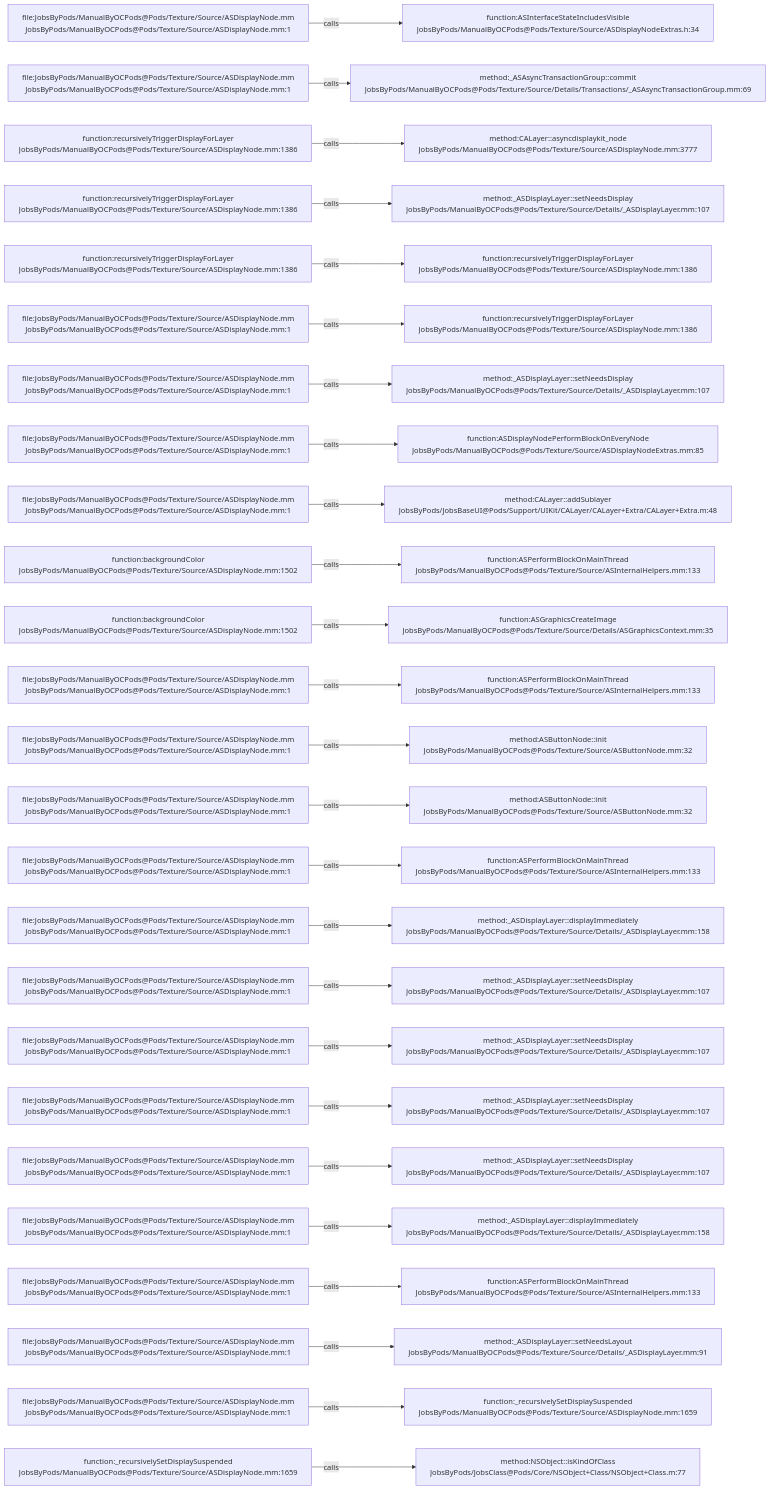
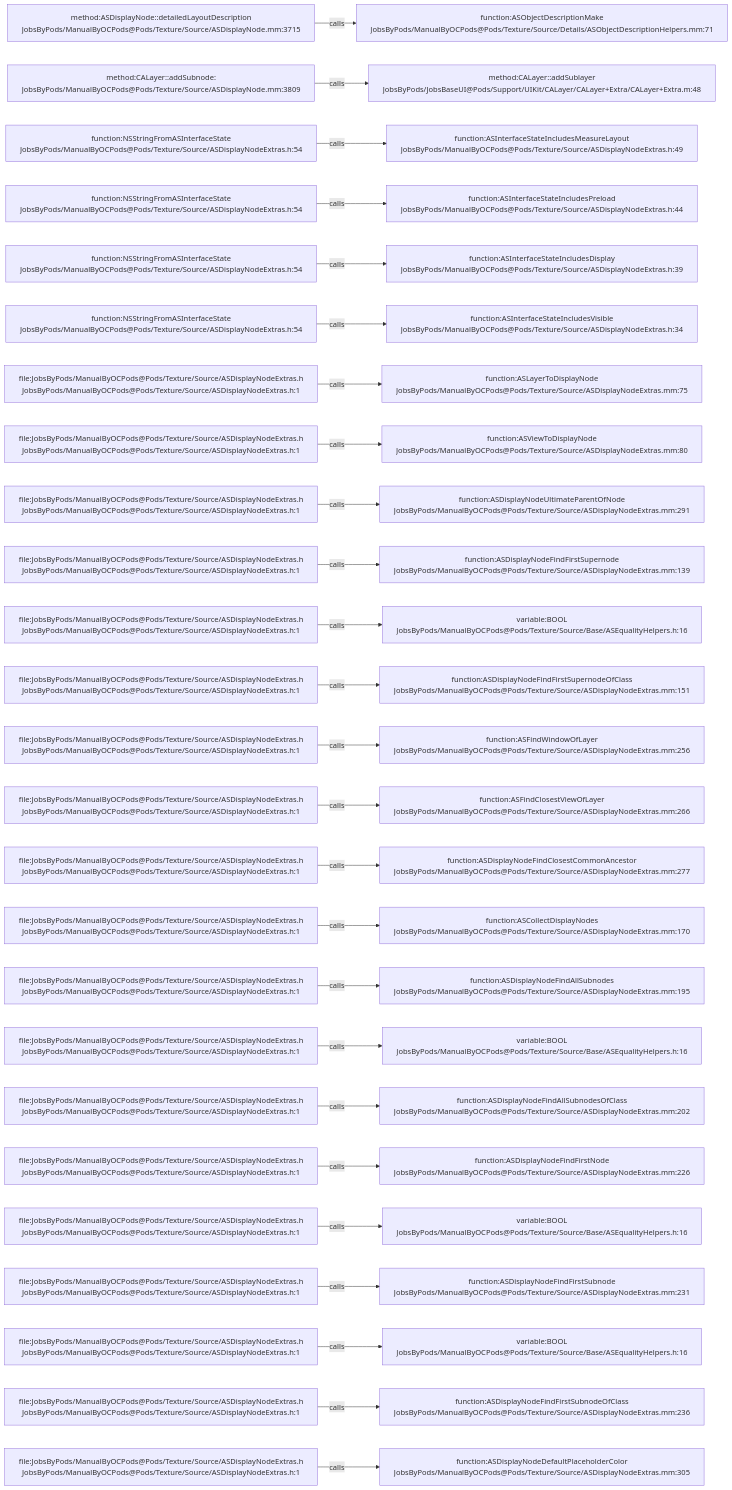
One commit to JobsKits/JobsOCBaseConfigDemo changed the diagram in .codegraph/codegraph.md/graphs/calls-107.md. Above: the diagram before and after it, drawn with Mermaid. The commit also changed 1223 other files, not shown here.

````diff
--- a/.codegraph/codegraph.md/graphs/calls-107.md
+++ b/.codegraph/codegraph.md/graphs/calls-107.md
@@ -13,78 +13,78 @@
 ```mermaid
 flowchart LR
-  S1["file:JobsByPods/ManualByOCPods@Pods/Texture/Source/ASDisplayNode.mm<br/>JobsByPods/ManualByOCPods@Pods/Texture/Source/ASDisplayNode.mm:1"]
-  T1["function:ASInterfaceStateIncludesVisible<br/>JobsByPods/ManualByOCPods@Pods/Texture/Source/ASDisplayNodeExtras.h:34"]
+  S1["method:ASDisplayNode::detailedLayoutDescription<br/>JobsByPods/ManualByOCPods@Pods/Texture/Source/ASDisplayNode.mm:3715"]
+  T1["function:ASObjectDescriptionMake<br/>JobsByPods/ManualByOCPods@Pods/Texture/Source/Details/ASObjectDescriptionHelpers.mm:71"]
   S1 -->|calls| T1
-  S2["file:JobsByPods/ManualByOCPods@Pods/Texture/Source/ASDisplayNode.mm<br/>JobsByPods/ManualByOCPods@Pods/Texture/Source/ASDisplayNode.mm:1"]
-  T2["method:_ASAsyncTransactionGroup::commit<br/>JobsByPods/ManualByOCPods@Pods/Texture/Source/Details/Transactions/_ASAsyncTransactionGroup.mm:69"]
+  S2["method:CALayer::addSubnode:<br/>JobsByPods/ManualByOCPods@Pods/Texture/Source/ASDisplayNode.mm:3809"]
+  T2["method:CALayer::addSublayer<br/>JobsByPods/JobsBaseUI@Pods/Support/UIKit/CALayer/CALayer+Extra/CALayer+Extra.m:48"]
   S2 -->|calls| T2
-  S3["function:recursivelyTriggerDisplayForLayer<br/>JobsByPods/ManualByOCPods@Pods/Texture/Source/ASDisplayNode.mm:1386"]
-  T3["method:CALayer::asyncdisplaykit_node<br/>JobsByPods/ManualByOCPods@Pods/Texture/Source/ASDisplayNode.mm:3777"]
+  S3["function:NSStringFromASInterfaceState<br/>JobsByPods/ManualByOCPods@Pods/Texture/Source/ASDisplayNodeExtras.h:54"]
+  T3["function:ASInterfaceStateIncludesMeasureLayout<br/>JobsByPods/ManualByOCPods@Pods/Texture/Source/ASDisplayNodeExtras.h:49"]
   S3 -->|calls| T3
-  S4["function:recursivelyTriggerDisplayForLayer<br/>JobsByPods/ManualByOCPods@Pods/Texture/Source/ASDisplayNode.mm:1386"]
-  T4["method:_ASDisplayLayer::setNeedsDisplay<br/>JobsByPods/ManualByOCPods@Pods/Texture/Source/Details/_ASDisplayLayer.mm:107"]
+  S4["function:NSStringFromASInterfaceState<br/>JobsByPods/ManualByOCPods@Pods/Texture/Source/ASDisplayNodeExtras.h:54"]
+  T4["function:ASInterfaceStateIncludesPreload<br/>JobsByPods/ManualByOCPods@Pods/Texture/Source/ASDisplayNodeExtras.h:44"]
   S4 -->|calls| T4
-  S5["function:recursivelyTriggerDisplayForLayer<br/>JobsByPods/ManualByOCPods@Pods/Texture/Source/ASDisplayNode.mm:1386"]
-  T5["function:recursivelyTriggerDisplayForLayer<br/>JobsByPods/ManualByOCPods@Pods/Texture/Source/ASDisplayNode.mm:1386"]
+  S5["function:NSStringFromASInterfaceState<br/>JobsByPods/ManualByOCPods@Pods/Texture/Source/ASDisplayNodeExtras.h:54"]
+  T5["function:ASInterfaceStateIncludesDisplay<br/>JobsByPods/ManualByOCPods@Pods/Texture/Source/ASDisplayNodeExtras.h:39"]
   S5 -->|calls| T5
-  S6["file:JobsByPods/ManualByOCPods@Pods/Texture/Source/ASDisplayNode.mm<br/>JobsByPods/ManualByOCPods@Pods/Texture/Source/ASDisplayNode.mm:1"]
-  T6["function:recursivelyTriggerDisplayForLayer<br/>JobsByPods/ManualByOCPods@Pods/Texture/Source/ASDisplayNode.mm:1386"]
+  S6["function:NSStringFromASInterfaceState<br/>JobsByPods/ManualByOCPods@Pods/Texture/Source/ASDisplayNodeExtras.h:54"]
+  T6["function:ASInterfaceStateIncludesVisible<br/>JobsByPods/ManualByOCPods@Pods/Texture/Source/ASDisplayNodeExtras.h:34"]
   S6 -->|calls| T6
-  S7["file:JobsByPods/ManualByOCPods@Pods/Texture/Source/ASDisplayNode.mm<br/>JobsByPods/ManualByOCPods@Pods/Texture/Source/ASDisplayNode.mm:1"]
-  T7["method:_ASDisplayLayer::setNeedsDisplay<br/>JobsByPods/ManualByOCPods@Pods/Texture/Source/Details/_ASDisplayLayer.mm:107"]
+  S7["file:JobsByPods/ManualByOCPods@Pods/Texture/Source/ASDisplayNodeExtras.h<br/>JobsByPods/ManualByOCPods@Pods/Texture/Source/ASDisplayNodeExtras.h:1"]
+  T7["function:ASLayerToDisplayNode<br/>JobsByPods/ManualByOCPods@Pods/Texture/Source/ASDisplayNodeExtras.mm:75"]
   S7 -->|calls| T7
-  S8["file:JobsByPods/ManualByOCPods@Pods/Texture/Source/ASDisplayNode.mm<br/>JobsByPods/ManualByOCPods@Pods/Texture/Source/ASDisplayNode.mm:1"]
-  T8["function:ASDisplayNodePerformBlockOnEveryNode<br/>JobsByPods/ManualByOCPods@Pods/Texture/Source/ASDisplayNodeExtras.mm:85"]
+  S8["file:JobsByPods/ManualByOCPods@Pods/Texture/Source/ASDisplayNodeExtras.h<br/>JobsByPods/ManualByOCPods@Pods/Texture/Source/ASDisplayNodeExtras.h:1"]
+  T8["function:ASViewToDisplayNode<br/>JobsByPods/ManualByOCPods@Pods/Texture/Source/ASDisplayNodeExtras.mm:80"]
   S8 -->|calls| T8
-  S9["file:JobsByPods/ManualByOCPods@Pods/Texture/Source/ASDisplayNode.mm<br/>JobsByPods/ManualByOCPods@Pods/Texture/Source/ASDisplayNode.mm:1"]
-  T9["method:CALayer::addSublayer<br/>JobsByPods/JobsBaseUI@Pods/Support/UIKit/CALayer/CALayer+Extra/CALayer+Extra.m:48"]
+  S9["file:JobsByPods/ManualByOCPods@Pods/Texture/Source/ASDisplayNodeExtras.h<br/>JobsByPods/ManualByOCPods@Pods/Texture/Source/ASDisplayNodeExtras.h:1"]
+  T9["function:ASDisplayNodeUltimateParentOfNode<br/>JobsByPods/ManualByOCPods@Pods/Texture/Source/ASDisplayNodeExtras.mm:291"]
   S9 -->|calls| T9
-  S10["function:backgroundColor<br/>JobsByPods/ManualByOCPods@Pods/Texture/Source/ASDisplayNode.mm:1502"]
-  T10["function:ASPerformBlockOnMainThread<br/>JobsByPods/ManualByOCPods@Pods/Texture/Source/ASInternalHelpers.mm:133"]
+  S10["file:JobsByPods/ManualByOCPods@Pods/Texture/Source/ASDisplayNodeExtras.h<br/>JobsByPods/ManualByOCPods@Pods/Texture/Source/ASDisplayNodeExtras.h:1"]
+  T10["function:ASDisplayNodeFindFirstSupernode<br/>JobsByPods/ManualByOCPods@Pods/Texture/Source/ASDisplayNodeExtras.mm:139"]
   S10 -->|calls| T10
-  S11["function:backgroundColor<br/>JobsByPods/ManualByOCPods@Pods/Texture/Source/ASDisplayNode.mm:1502"]
-  T11["function:ASGraphicsCreateImage<br/>JobsByPods/ManualByOCPods@Pods/Texture/Source/Details/ASGraphicsContext.mm:35"]
+  S11["file:JobsByPods/ManualByOCPods@Pods/Texture/Source/ASDisplayNodeExtras.h<br/>JobsByPods/ManualByOCPods@Pods/Texture/Source/ASDisplayNodeExtras.h:1"]
+  T11["variable:BOOL<br/>JobsByPods/ManualByOCPods@Pods/Texture/Source/Base/ASEqualityHelpers.h:16"]
   S11 -->|calls| T11
-  S12["file:JobsByPods/ManualByOCPods@Pods/Texture/Source/ASDisplayNode.mm<br/>JobsByPods/ManualByOCPods@Pods/Texture/Source/ASDisplayNode.mm:1"]
-  T12["function:ASPerformBlockOnMainThread<br/>JobsByPods/ManualByOCPods@Pods/Texture/Source/ASInternalHelpers.mm:133"]
+  S12["file:JobsByPods/ManualByOCPods@Pods/Texture/Source/ASDisplayNodeExtras.h<br/>JobsByPods/ManualByOCPods@Pods/Texture/Source/ASDisplayNodeExtras.h:1"]
+  T12["function:ASDisplayNodeFindFirstSupernodeOfClass<br/>JobsByPods/ManualByOCPods@Pods/Texture/Source/ASDisplayNodeExtras.mm:151"]
   S12 -->|calls| T12
-  S13["file:JobsByPods/ManualByOCPods@Pods/Texture/Source/ASDisplayNode.mm<br/>JobsByPods/ManualByOCPods@Pods/Texture/Source/ASDisplayNode.mm:1"]
-  T13["method:ASButtonNode::init<br/>JobsByPods/ManualByOCPods@Pods/Texture/Source/ASButtonNode.mm:32"]
+  S13["file:JobsByPods/ManualByOCPods@Pods/Texture/Source/ASDisplayNodeExtras.h<br/>JobsByPods/ManualByOCPods@Pods/Texture/Source/ASDisplayNodeExtras.h:1"]
+  T13["function:ASFindWindowOfLayer<br/>JobsByPods/ManualByOCPods@Pods/Texture/Source/ASDisplayNodeExtras.mm:256"]
   S13 -->|calls| T13
-  S14["file:JobsByPods/ManualByOCPods@Pods/Texture/Source/ASDisplayNode.mm<br/>JobsByPods/ManualByOCPods@Pods/Texture/Source/ASDisplayNode.mm:1"]
-  T14["method:ASButtonNode::init<br/>JobsByPods/ManualByOCPods@Pods/Texture/Source/ASButtonNode.mm:32"]
+  S14["file:JobsByPods/ManualByOCPods@Pods/Texture/Source/ASDisplayNodeExtras.h<br/>JobsByPods/ManualByOCPods@Pods/Texture/Source/ASDisplayNodeExtras.h:1"]
+  T14["function:ASFindClosestViewOfLayer<br/>JobsByPods/ManualByOCPods@Pods/Texture/Source/ASDisplayNodeExtras.mm:266"]
   S14 -->|calls| T14
-  S15["file:JobsByPods/ManualByOCPods@Pods/Texture/Source/ASDisplayNode.mm<br/>JobsByPods/ManualByOCPods@Pods/Texture/Source/ASDisplayNode.mm:1"]
-  T15["function:ASPerformBlockOnMainThread<br/>JobsByPods/ManualByOCPods@Pods/Texture/Source/ASInternalHelpers.mm:133"]
+  S15["file:JobsByPods/ManualByOCPods@Pods/Texture/Source/ASDisplayNodeExtras.h<br/>JobsByPods/ManualByOCPods@Pods/Texture/Source/ASDisplayNodeExtras.h:1"]
+  T15["function:ASDisplayNodeFindClosestCommonAncestor<br/>JobsByPods/ManualByOCPods@Pods/Texture/Source/ASDisplayNodeExtras.mm:277"]
   S15 -->|calls| T15
-  S16["file:JobsByPods/ManualByOCPods@Pods/Texture/Source/ASDisplayNode.mm<br/>JobsByPods/ManualByOCPods@Pods/Texture/Source/ASDisplayNode.mm:1"]
-  T16["method:_ASDisplayLayer::displayImmediately<br/>JobsByPods/ManualByOCPods@Pods/Texture/Source/Details/_ASDisplayLayer.mm:158"]
+  S16["file:JobsByPods/ManualByOCPods@Pods/Texture/Source/ASDisplayNodeExtras.h<br/>JobsByPods/ManualByOCPods@Pods/Texture/Source/ASDisplayNodeExtras.h:1"]
+  T16["function:ASCollectDisplayNodes<br/>JobsByPods/ManualByOCPods@Pods/Texture/Source/ASDisplayNodeExtras.mm:170"]
   S16 -->|calls| T16
-  S17["file:JobsByPods/ManualByOCPods@Pods/Texture/Source/ASDisplayNode.mm<br/>JobsByPods/ManualByOCPods@Pods/Texture/Source/ASDisplayNode.mm:1"]
-  T17["method:_ASDisplayLayer::setNeedsDisplay<br/>JobsByPods/ManualByOCPods@Pods/Texture/Source/Details/_ASDisplayLayer.mm:107"]
+  S17["file:JobsByPods/ManualByOCPods@Pods/Texture/Source/ASDisplayNodeExtras.h<br/>JobsByPods/ManualByOCPods@Pods/Texture/Source/ASDisplayNodeExtras.h:1"]
+  T17["function:ASDisplayNodeFindAllSubnodes<br/>JobsByPods/ManualByOCPods@Pods/Texture/Source/ASDisplayNodeExtras.mm:195"]
   S17 -->|calls| T17
-  S18["file:JobsByPods/ManualByOCPods@Pods/Texture/Source/ASDisplayNode.mm<br/>JobsByPods/ManualByOCPods@Pods/Texture/Source/ASDisplayNode.mm:1"]
-  T18["method:_ASDisplayLayer::setNeedsDisplay<br/>JobsByPods/ManualByOCPods@Pods/Texture/Source/Details/_ASDisplayLayer.mm:107"]
+  S18["file:JobsByPods/ManualByOCPods@Pods/Texture/Source/ASDisplayNodeExtras.h<br/>JobsByPods/ManualByOCPods@Pods/Texture/Source/ASDisplayNodeExtras.h:1"]
+  T18["variable:BOOL<br/>JobsByPods/ManualByOCPods@Pods/Texture/Source/Base/ASEqualityHelpers.h:16"]
   S18 -->|calls| T18
-  S19["file:JobsByPods/ManualByOCPods@Pods/Texture/Source/ASDisplayNode.mm<br/>JobsByPods/ManualByOCPods@Pods/Texture/Source/ASDisplayNode.mm:1"]
-  T19["method:_ASDisplayLayer::setNeedsDisplay<br/>JobsByPods/ManualByOCPods@Pods/Texture/Source/Details/_ASDisplayLayer.mm:107"]
+  S19["file:JobsByPods/ManualByOCPods@Pods/Texture/Source/ASDisplayNodeExtras.h<br/>JobsByPods/ManualByOCPods@Pods/Texture/Source/ASDisplayNodeExtras.h:1"]
+  T19["function:ASDisplayNodeFindAllSubnodesOfClass<br/>JobsByPods/ManualByOCPods@Pods/Texture/Source/ASDisplayNodeExtras.mm:202"]
   S19 -->|calls| T19
-  S20["file:JobsByPods/ManualByOCPods@Pods/Texture/Source/ASDisplayNode.mm<br/>JobsByPods/ManualByOCPods@Pods/Texture/Source/ASDisplayNode.mm:1"]
-  T20["method:_ASDisplayLayer::setNeedsDisplay<br/>JobsByPods/ManualByOCPods@Pods/Texture/Source/Details/_ASDisplayLayer.mm:107"]
+  S20["file:JobsByPods/ManualByOCPods@Pods/Texture/Source/ASDisplayNodeExtras.h<br/>JobsByPods/ManualByOCPods@Pods/Texture/Source/ASDisplayNodeExtras.h:1"]
+  T20["function:ASDisplayNodeFindFirstNode<br/>JobsByPods/ManualByOCPods@Pods/Texture/Source/ASDisplayNodeExtras.mm:226"]
   S20 -->|calls| T20
-  S21["file:JobsByPods/ManualByOCPods@Pods/Texture/Source/ASDisplayNode.mm<br/>JobsByPods/ManualByOCPods@Pods/Texture/Source/ASDisplayNode.mm:1"]
-  T21["method:_ASDisplayLayer::displayImmediately<br/>JobsByPods/ManualByOCPods@Pods/Texture/Source/Details/_ASDisplayLayer.mm:158"]
+  S21["file:JobsByPods/ManualByOCPods@Pods/Texture/Source/ASDisplayNodeExtras.h<br/>JobsByPods/ManualByOCPods@Pods/Texture/Source/ASDisplayNodeExtras.h:1"]
+  T21["variable:BOOL<br/>JobsByPods/ManualByOCPods@Pods/Texture/Source/Base/ASEqualityHelpers.h:16"]
   S21 -->|calls| T21
-  S22["file:JobsByPods/ManualByOCPods@Pods/Texture/Source/ASDisplayNode.mm<br/>JobsByPods/ManualByOCPods@Pods/Texture/Source/ASDisplayNode.mm:1"]
-  T22["function:ASPerformBlockOnMainThread<br/>JobsByPods/ManualByOCPods@Pods/Texture/Source/ASInternalHelpers.mm:133"]
+  S22["file:JobsByPods/ManualByOCPods@Pods/Texture/Source/ASDisplayNodeExtras.h<br/>JobsByPods/ManualByOCPods@Pods/Texture/Source/ASDisplayNodeExtras.h:1"]
+  T22["function:ASDisplayNodeFindFirstSubnode<br/>JobsByPods/ManualByOCPods@Pods/Texture/Source/ASDisplayNodeExtras.mm:231"]
   S22 -->|calls| T22
-  S23["file:JobsByPods/ManualByOCPods@Pods/Texture/Source/ASDisplayNode.mm<br/>JobsByPods/ManualByOCPods@Pods/Texture/Source/ASDisplayNode.mm:1"]
-  T23["method:_ASDisplayLayer::setNeedsLayout<br/>JobsByPods/ManualByOCPods@Pods/Texture/Source/Details/_ASDisplayLayer.mm:91"]
+  S23["file:JobsByPods/ManualByOCPods@Pods/Texture/Source/ASDisplayNodeExtras.h<br/>JobsByPods/ManualByOCPods@Pods/Texture/Source/ASDisplayNodeExtras.h:1"]
+  T23["variable:BOOL<br/>JobsByPods/ManualByOCPods@Pods/Texture/Source/Base/ASEqualityHelpers.h:16"]
   S23 -->|calls| T23
-  S24["file:JobsByPods/ManualByOCPods@Pods/Texture/Source/ASDisplayNode.mm<br/>JobsByPods/ManualByOCPods@Pods/Texture/Source/ASDisplayNode.mm:1"]
-  T24["function:_recursivelySetDisplaySuspended<br/>JobsByPods/ManualByOCPods@Pods/Texture/Source/ASDisplayNode.mm:1659"]
+  S24["file:JobsByPods/ManualByOCPods@Pods/Texture/Source/ASDisplayNodeExtras.h<br/>JobsByPods/ManualByOCPods@Pods/Texture/Source/ASDisplayNodeExtras.h:1"]
+  T24["function:ASDisplayNodeFindFirstSubnodeOfClass<br/>JobsByPods/ManualByOCPods@Pods/Texture/Source/ASDisplayNodeExtras.mm:236"]
   S24 -->|calls| T24
-  S25["function:_recursivelySetDisplaySuspended<br/>JobsByPods/ManualByOCPods@Pods/Texture/Source/ASDisplayNode.mm:1659"]
-  T25["method:NSObject::isKindOfClass<br/>JobsByPods/JobsClass@Pods/Core/NSObject+Class/NSObject+Class.m:77"]
+  S25["file:JobsByPods/ManualByOCPods@Pods/Texture/Source/ASDisplayNodeExtras.h<br/>JobsByPods/ManualByOCPods@Pods/Texture/Source/ASDisplayNodeExtras.h:1"]
+  T25["function:ASDisplayNodeDefaultPlaceholderColor<br/>JobsByPods/ManualByOCPods@Pods/Texture/Source/ASDisplayNodeExtras.mm:305"]
   S25 -->|calls| T25
 ```
````
